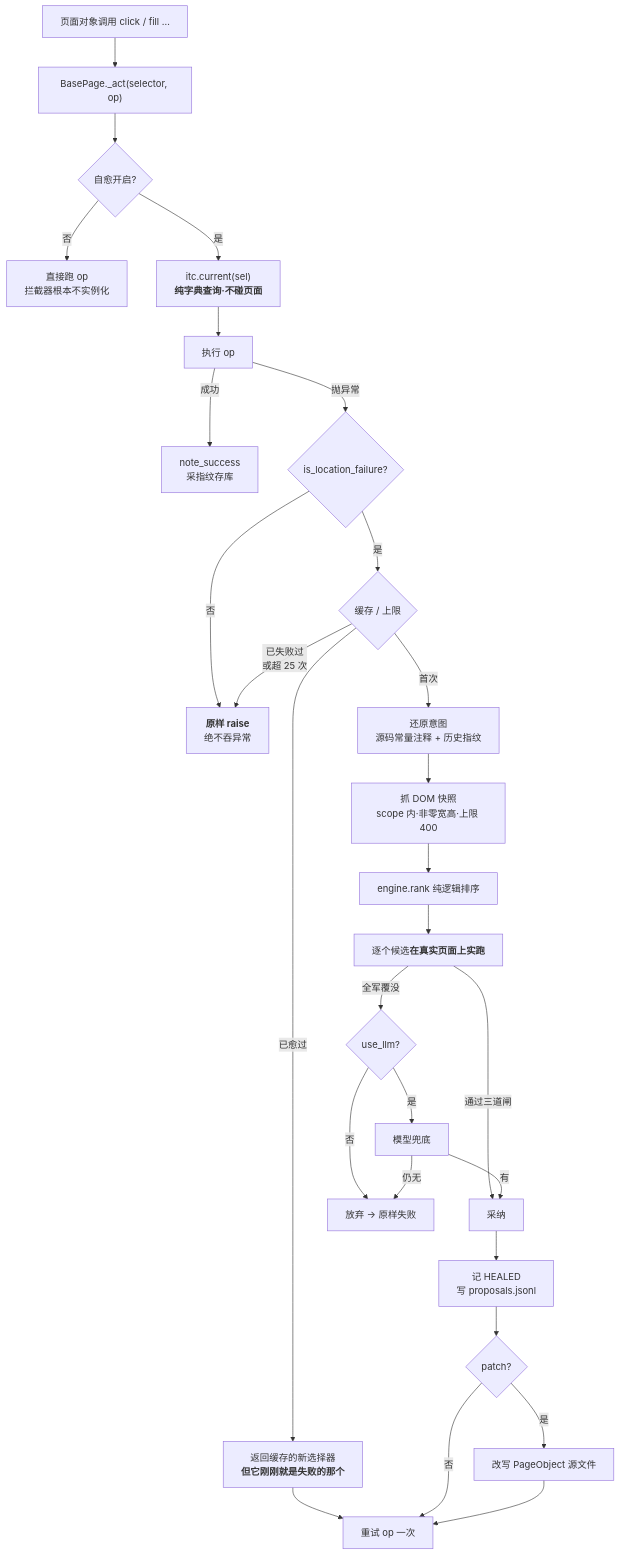
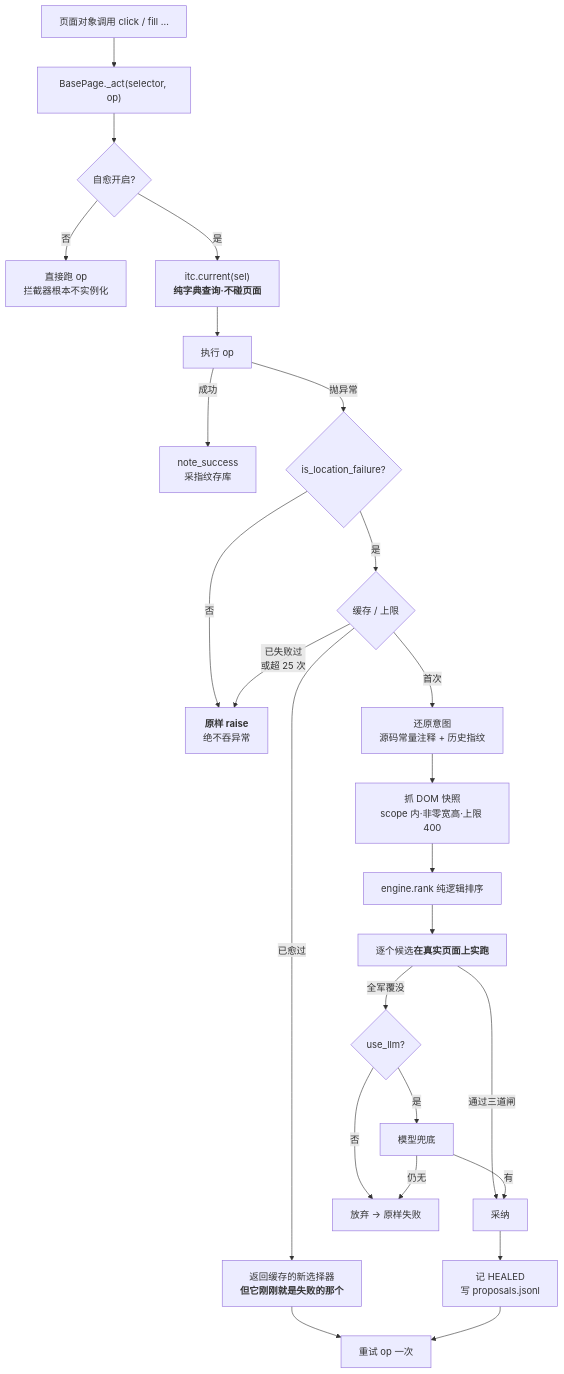
The second of 7 diagrams in docs/self-healing-mechanism.md (DanielSuo117/velocitai-alva), drawn with Mermaid before and after one commit. The commit also changed other lines of this file and 5 other files, not shown here.

````diff
--- a/docs/self-healing-mechanism.md
+++ b/docs/self-healing-mechanism.md
@@ -40,30 +38,27 @@
 ```mermaid
 flowchart TD
     A["页面对象调用 click / fill …"] --> B["BasePage._act(selector, op)"]
     B --> C{"自愈开启?"}
     C -->|否| D0["直接跑 op<br/>拦截器根本不实例化"]
     C -->|是| D["itc.current(sel)<br/><b>纯字典查询·不碰页面</b>"]
     D --> E["执行 op"]
     E -->|成功| F["note_success<br/>采指纹存库"]
     E -->|抛异常| G{"is_location_failure?"}
     G -->|否| H["<b>原样 raise</b><br/>绝不吞异常"]
     G -->|是| I{"缓存 / 上限"}
     I -->|"已愈过"| J["返回缓存的新选择器<br/><b>但它刚刚就是失败的那个</b>"]
     J --> W
     I -->|"已失败过<br/>或超 25 次"| H
     I -->|"首次"| K["还原意图<br/>源码常量注释 + 历史指纹"]
     K --> L["抓 DOM 快照<br/>scope 内·非零宽高·上限 400"]
     L --> M["engine.rank 纯逻辑排序"]
     M --> N["逐个候选<b>在真实页面上实跑</b>"]
     N -->|"通过三道闸"| O["采纳"]
     N -->|"全军覆没"| Q{"use_llm?"}
     Q -->|否| R["放弃 → 原样失败"]
     Q -->|是| S["模型兜底"]
     S -->|"仍无"| R
     S -->|"有"| O
     O --> T["记 HEALED<br/>写 proposals.jsonl"]
-    T --> U{"patch?"}
-    U -->|是| V["改写 PageObject 源文件"]
-    U -->|否| W["重试 op 一次"]
-    V --> W
+    T --> W["重试 op 一次"]
 ```
````
